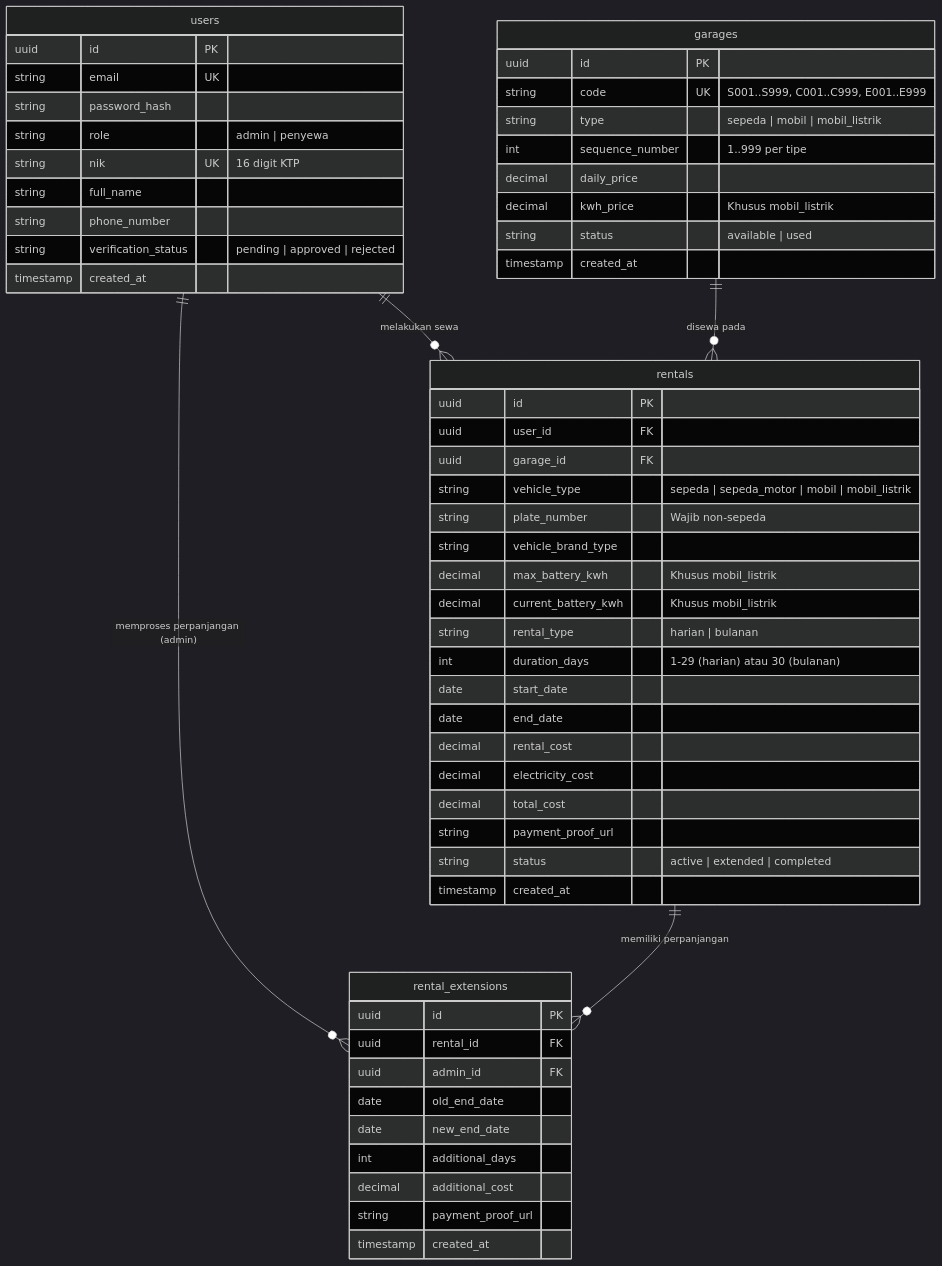
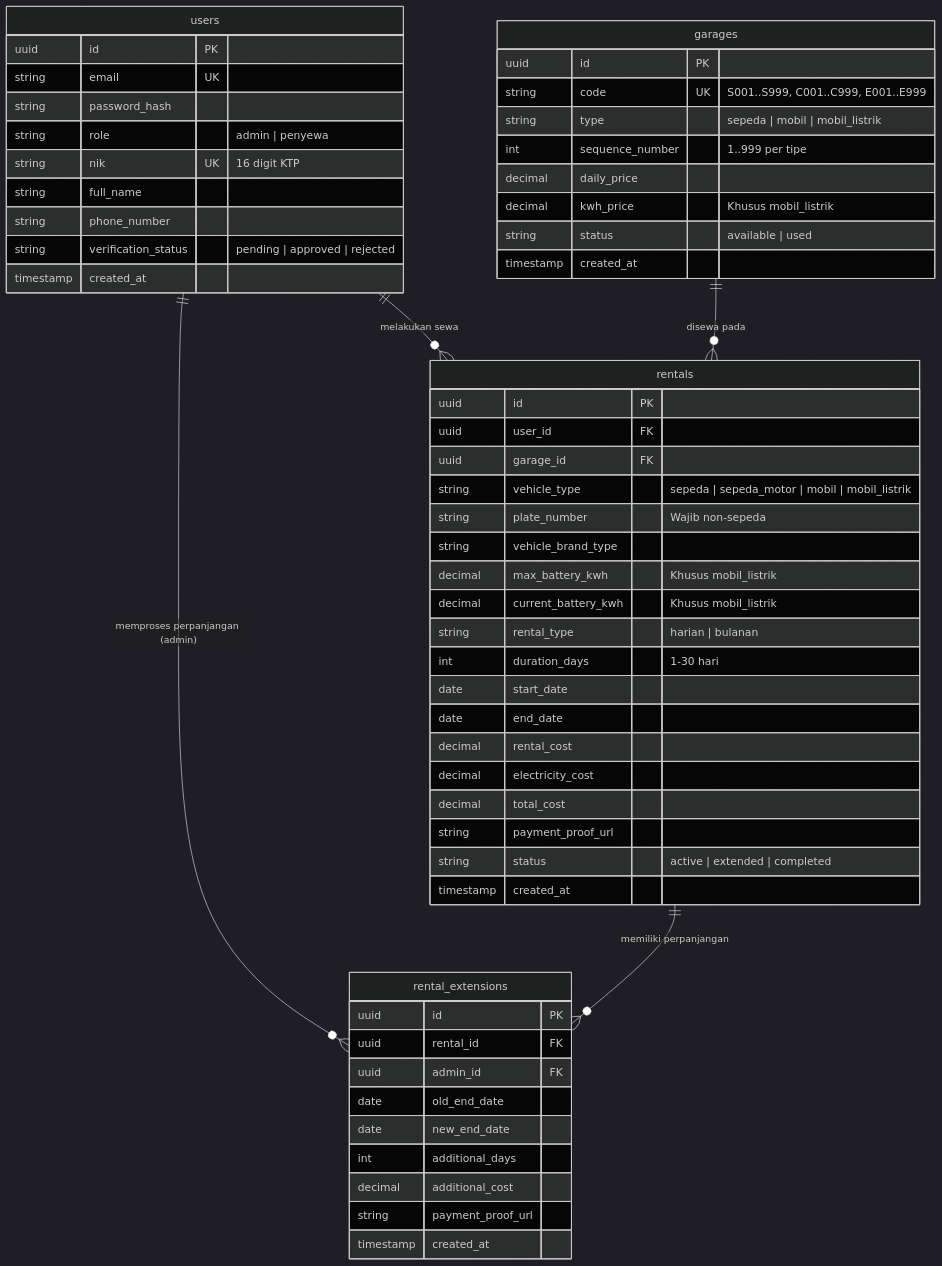
Before and after one commit to akirausethis/GARENT: the diagram in README.md, drawn with Mermaid (dark theme). The commit also changed other lines of this file and 26 other files, not shown here.

````diff
--- a/README.md
+++ b/README.md
@@ -23,63 +23,63 @@
 ```mermaid
 erDiagram
     users ||--o{ rentals : "melakukan sewa"
     users ||--o{ rental_extensions : "memproses perpanjangan (admin)"
     garages ||--o{ rentals : "disewa pada"
     rentals ||--o{ rental_extensions : "memiliki perpanjangan"
 
     users {
         uuid id PK
         string email UK
         string password_hash
         string role "admin | penyewa"
         string nik UK "16 digit KTP"
         string full_name
         string phone_number
         string verification_status "pending | approved | rejected"
         timestamp created_at
     }
 
     garages {
         uuid id PK
         string code UK "S001..S999, C001..C999, E001..E999"
         string type "sepeda | mobil | mobil_listrik"
         int sequence_number "1..999 per tipe"
         decimal daily_price
         decimal kwh_price "Khusus mobil_listrik"
         string status "available | used"
         timestamp created_at
     }
 
     rentals {
         uuid id PK
         uuid user_id FK
         uuid garage_id FK
         string vehicle_type "sepeda | sepeda_motor | mobil | mobil_listrik"
         string plate_number "Wajib non-sepeda"
         string vehicle_brand_type
         decimal max_battery_kwh "Khusus mobil_listrik"
         decimal current_battery_kwh "Khusus mobil_listrik"
         string rental_type "harian | bulanan"
-        int duration_days "1-29 (harian) atau 30 (bulanan)"
+        int duration_days "1-30 hari"
         date start_date
         date end_date
         decimal rental_cost
         decimal electricity_cost
         decimal total_cost
         string payment_proof_url
         string status "active | extended | completed"
         timestamp created_at
     }
 
     rental_extensions {
         uuid id PK
         uuid rental_id FK
         uuid admin_id FK
         date old_end_date
         date new_end_date
         int additional_days
         decimal additional_cost
         string payment_proof_url
         timestamp created_at
     }
 ```
````
